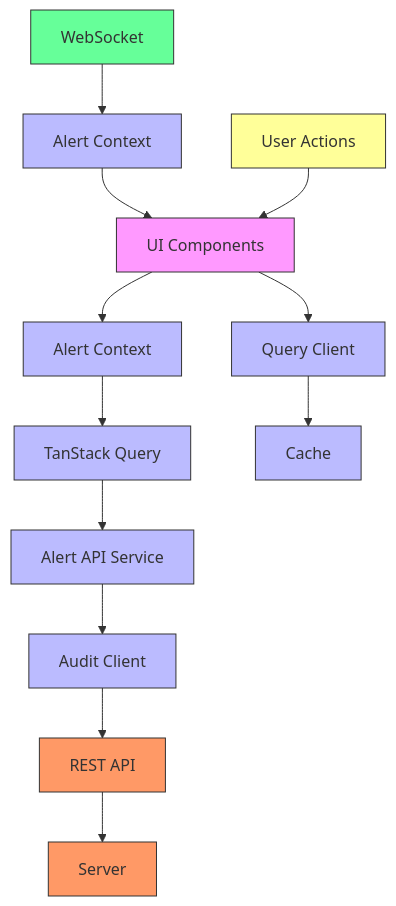
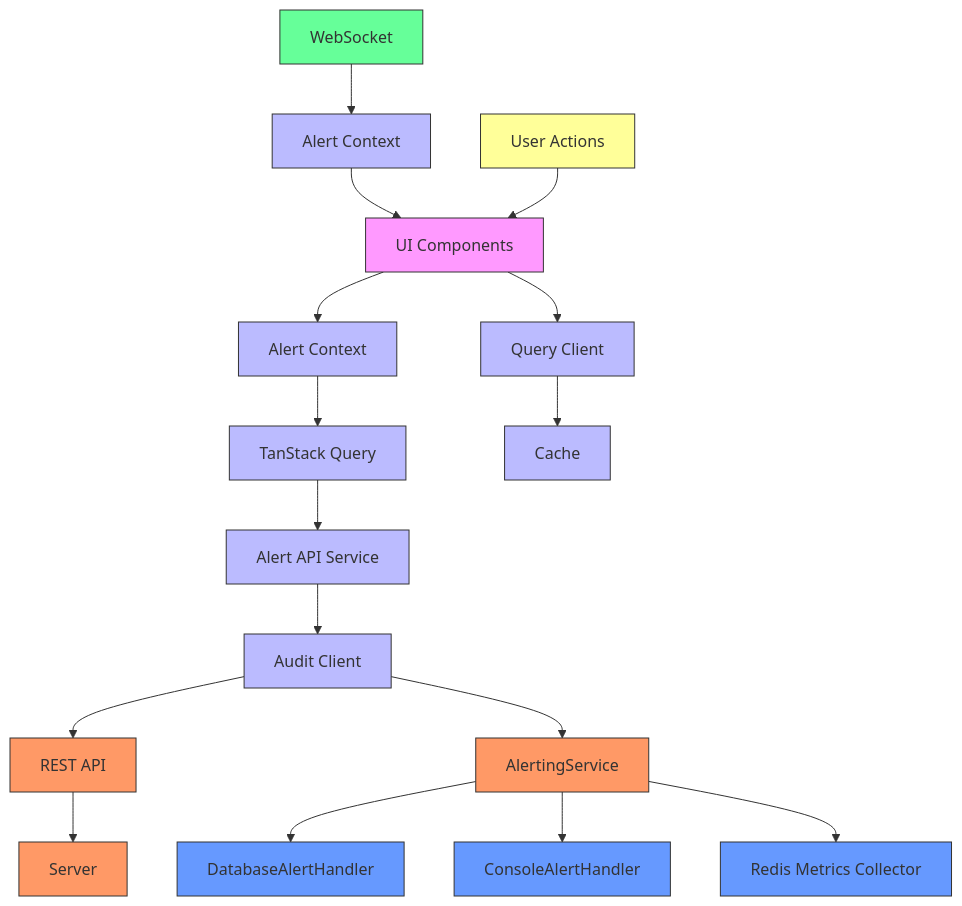
Before and after one commit to smedrec/smart-logs: the second of 8 diagrams in .qoder/repowiki/en/content/Alert Management System.md, drawn with Mermaid. The commit also changed other lines of this file and 23 other files, not shown here.

````diff
--- a/.qoder/repowiki/en/content/Alert Management System.md
+++ b/.qoder/repowiki/en/content/Alert Management System.md
@@ -125,26 +136,34 @@
 ```mermaid
 graph TD
 A[UI Components] --> B[Alert Context]
 B --> C[TanStack Query]
 C --> D[Alert API Service]
 D --> E[Audit Client]
 E --> F[REST API]
 F --> G[Server]
 H[WebSocket] --> I[Alert Context]
 I --> A
 J[User Actions] --> A
 A --> K[Query Client]
 K --> L[Cache]
+M[AlertingService] --> N[DatabaseAlertHandler]
+M --> O[ConsoleAlertHandler]
+M --> P[Redis Metrics Collector]
+E --> M
 style A fill:#f9f,stroke:#333
 style B fill:#bbf,stroke:#333
 style C fill:#bbf,stroke:#333
 style D fill:#bbf,stroke:#333
 style E fill:#bbf,stroke:#333
 style F fill:#f96,stroke:#333
 style G fill:#f96,stroke:#333
 style H fill:#6f9,stroke:#333
 style I fill:#bbf,stroke:#333
 style J fill:#ff9,stroke:#333
 style K fill:#bbf,stroke:#333
 style L fill:#bbf,stroke:#333
+style M fill:#f96,stroke:#333
+style N fill:#69f,stroke:#333
+style O fill:#69f,stroke:#333
+style P fill:#69f,stroke:#333
 ```
````
